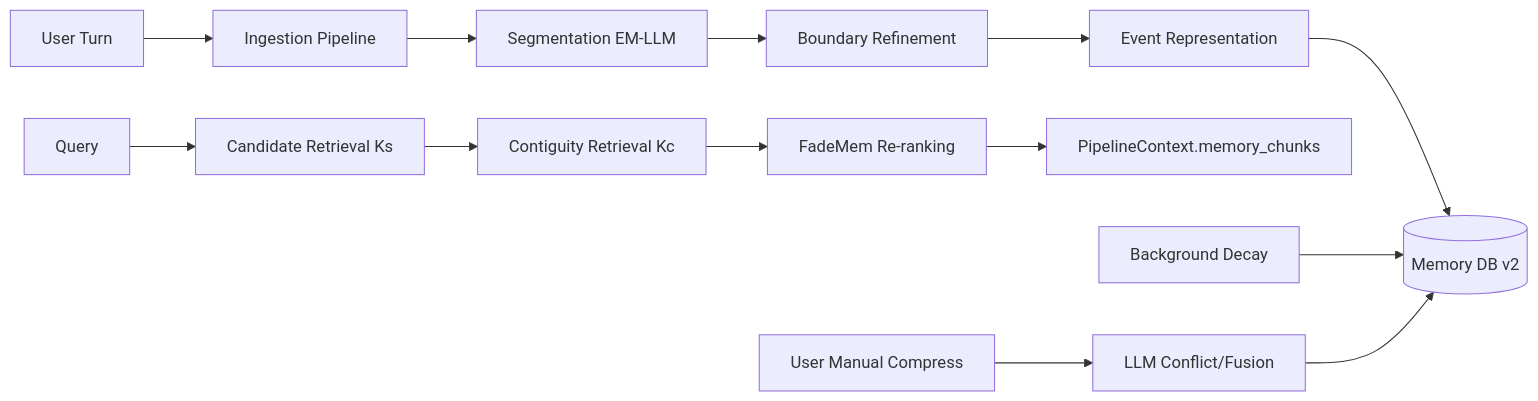
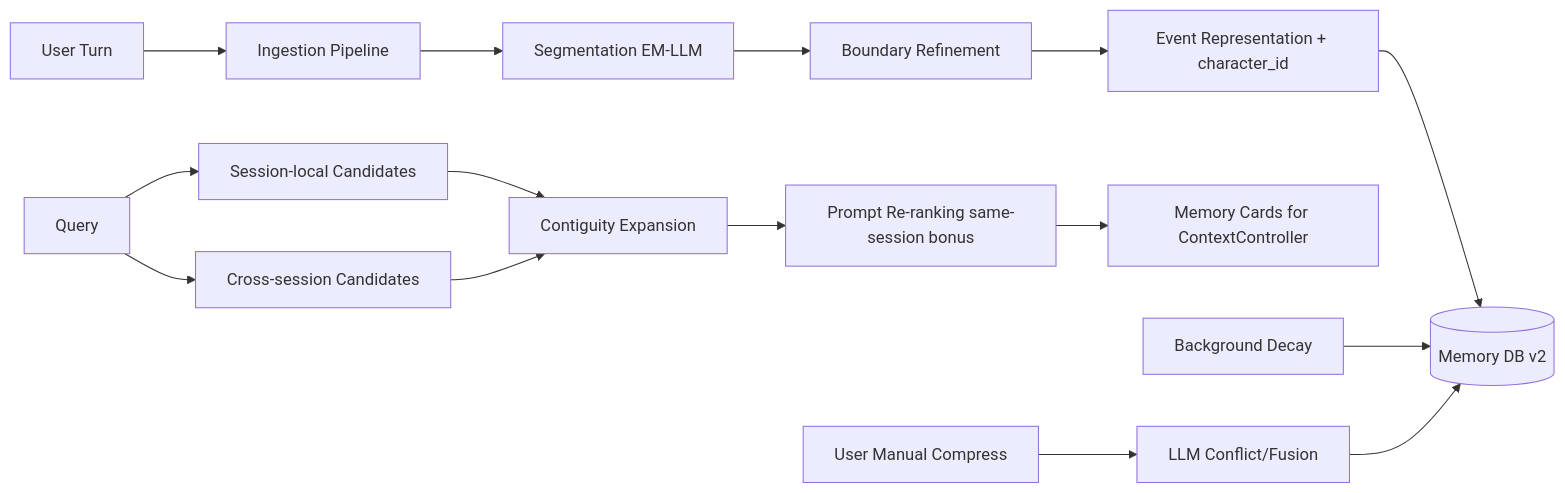
One commit to coco4atJP/Tepora-alpha changed the seventh of 10 diagrams in docs/architecture/ARCHITECTURE.md. Above: the diagram before and after it, drawn with Mermaid. The commit also changed other lines of this file and 71 other files, not shown here.

````diff
--- a/docs/architecture/ARCHITECTURE.md
+++ b/docs/architecture/ARCHITECTURE.md
@@ -686,17 +701,19 @@
 ```mermaid
 flowchart LR
     U[User Turn] --> I[Ingestion Pipeline]
     I --> S1[Segmentation EM-LLM]
     S1 --> S2[Boundary Refinement]
-    S2 --> S3[Event Representation]
+    S2 --> S3[Event Representation + character_id]
     S3 --> P[(Memory DB v2)]
 
-    Q[Query] --> R1[Candidate Retrieval Ks]
-    R1 --> R2[Contiguity Retrieval Kc]
-    R2 --> R3[FadeMem Re-ranking]
-    R3 --> Ctx[PipelineContext.memory_chunks]
+    Q[Query] --> L1[Session-local Candidates]
+    Q --> L2[Cross-session Candidates]
+    L1 --> R2[Contiguity Expansion]
+    L2 --> R2
+    R2 --> R3[Prompt Re-ranking same-session bonus]
+    R3 --> Ctx[Memory Cards for ContextController]
 
     BG[Background Decay] --> P
     UI[User Manual Compress] --> CMP[LLM Conflict/Fusion]
     CMP --> P
 ```
````
